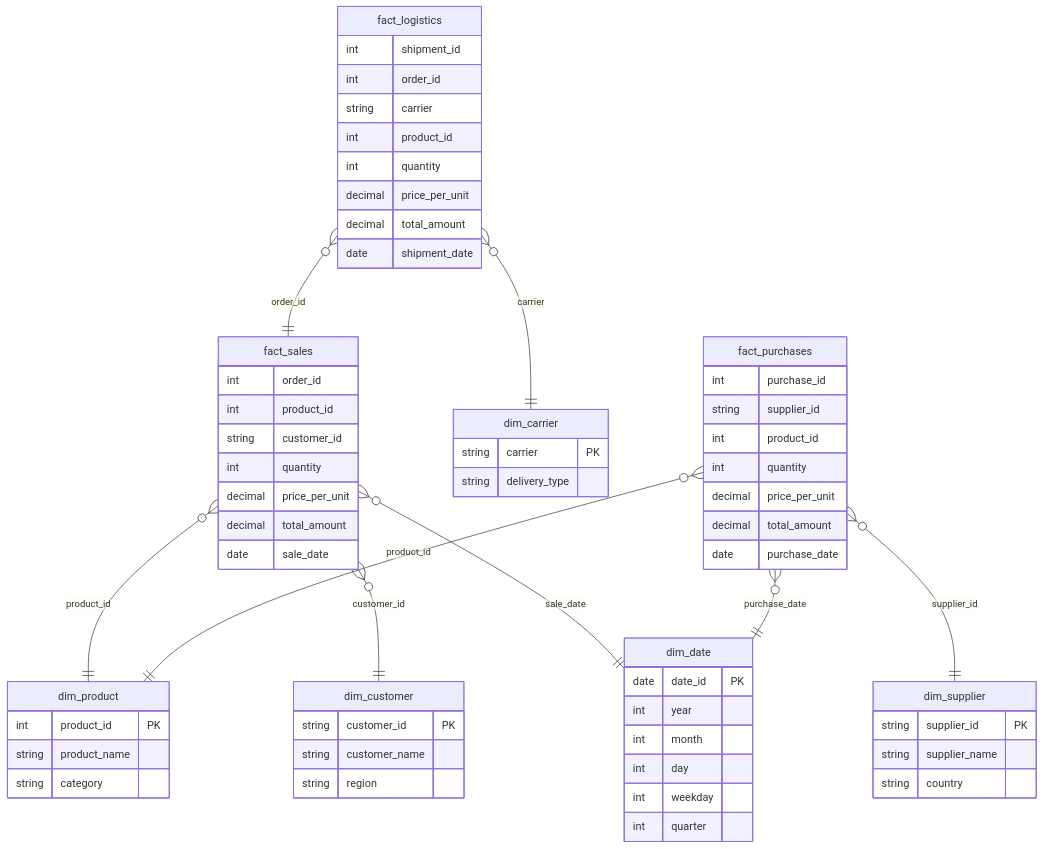
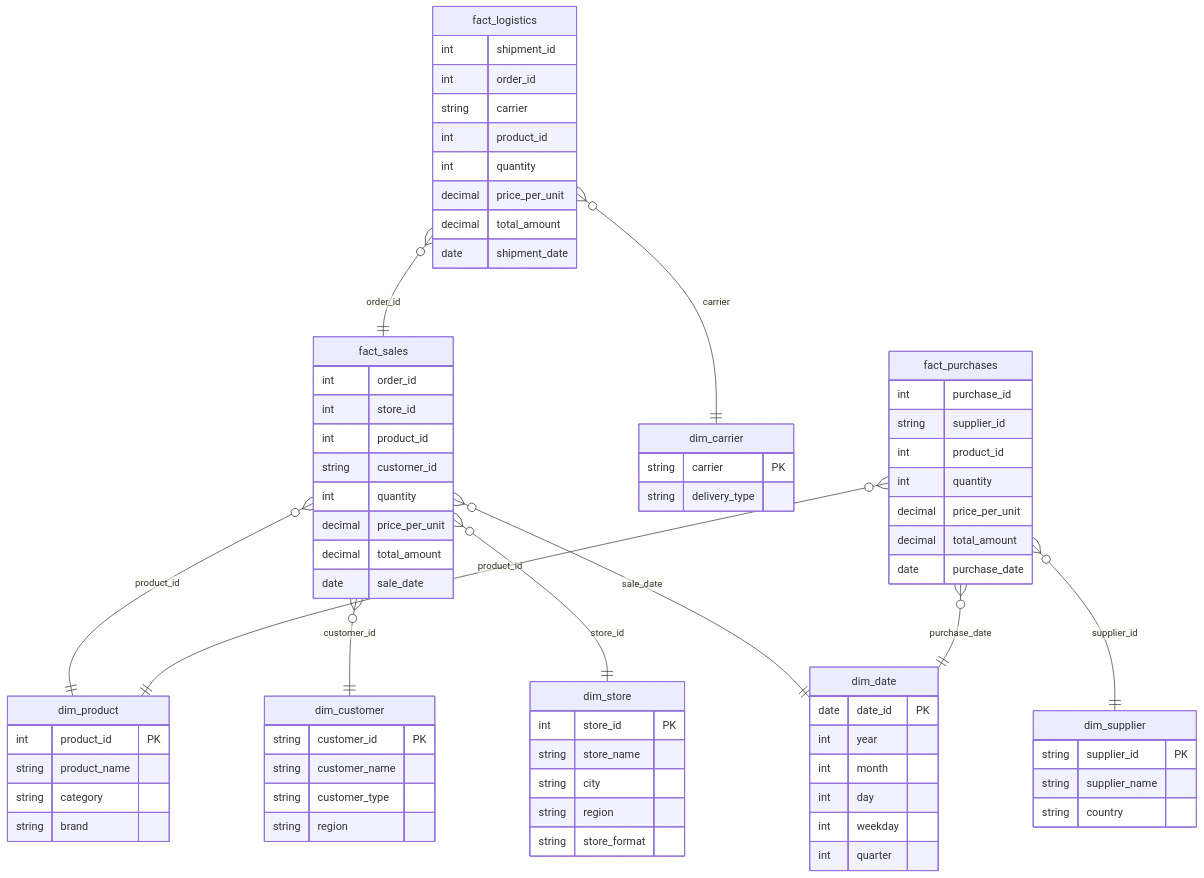
One commit to andwrn14741/OLAP changed the diagram in star_schema.md. Above: the diagram before and after it, drawn with Mermaid. The commit also changed other lines of this file and 24 other files, not shown here.

````diff
--- a/star_schema.md
+++ b/star_schema.md
@@ -3,67 +5,78 @@
 ```mermaid
 erDiagram
     fact_sales }o--|| dim_product : product_id
     fact_sales }o--|| dim_customer : customer_id
+    fact_sales }o--|| dim_store : store_id
     fact_sales }o--|| dim_date : sale_date
     fact_logistics }o--|| fact_sales : order_id
     fact_logistics }o--|| dim_carrier : carrier
     fact_purchases }o--|| dim_product : product_id
     fact_purchases }o--|| dim_supplier : supplier_id
     fact_purchases }o--|| dim_date : purchase_date
 
     fact_sales {
         int order_id
+        int store_id
         int product_id
         string customer_id
         int quantity
         decimal price_per_unit
         decimal total_amount
         date sale_date
     }
     fact_purchases {
         int purchase_id
         string supplier_id
         int product_id
         int quantity
         decimal price_per_unit
         decimal total_amount
         date purchase_date
     }
     fact_logistics {
         int shipment_id
         int order_id
         string carrier
         int product_id
         int quantity
         decimal price_per_unit
         decimal total_amount
         date shipment_date
     }
     dim_product {
         int product_id PK
         string product_name
         string category
+        string brand
+    }
+    dim_store {
+        int store_id PK
+        string store_name
+        string city
+        string region
+        string store_format
     }
     dim_customer {
         string customer_id PK
         string customer_name
+        string customer_type
         string region
     }
     dim_supplier {
         string supplier_id PK
         string supplier_name
         string country
     }
     dim_carrier {
         string carrier PK
         string delivery_type
     }
     dim_date {
         date date_id PK
         int year
         int month
         int day
         int weekday
         int quarter
     }
 ```
````
